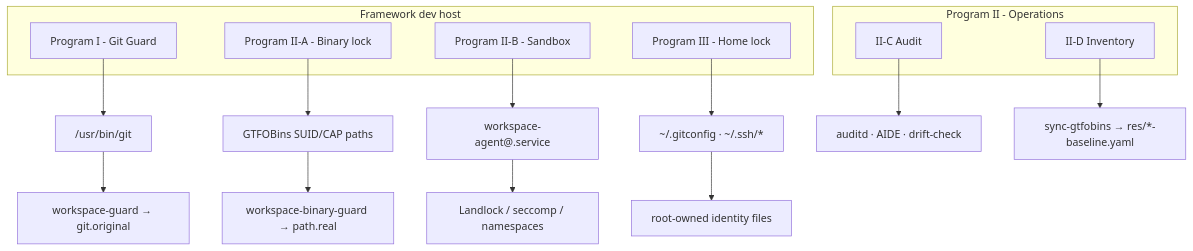
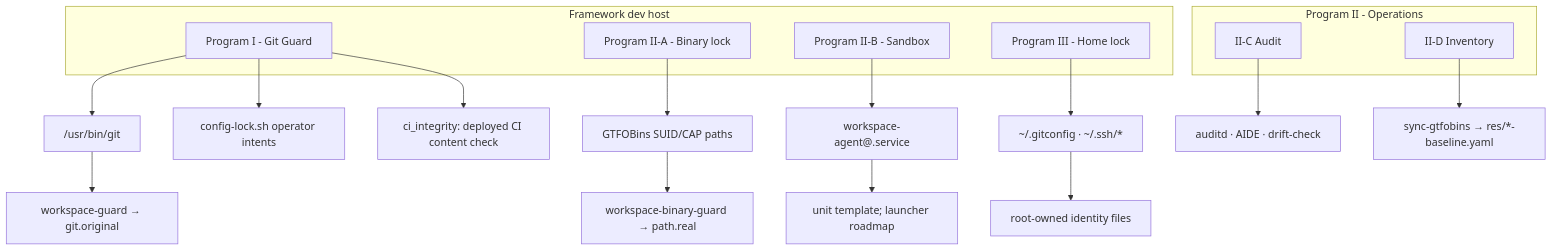
The diagram in README.md (Independent-AI-Labs/WORKSPACE-GUARD), drawn with Mermaid before and after one commit. The commit also changed other lines of this file, not shown here.

````diff
--- a/README.md
+++ b/README.md
@@ -64,29 +59,31 @@
 ```mermaid
 flowchart TB
   subgraph host [Framework dev host]
     P1[Program I - Git Guard]
     P2A[Program II-A - Binary lock]
     P2B[Program II-B - Sandbox]
     P3[Program III - Home lock]
   end
 
   P1 --> S1["/usr/bin/git"]
   S1 --> E1["workspace-guard → git.original"]
+  P1 --> C1["config-lock.sh operator intents"]
+  P1 --> C2["ci_integrity: deployed CI content check"]
 
   P2A --> S2["GTFOBins SUID/CAP paths"]
   S2 --> E2["workspace-binary-guard → path.real"]
 
   P2B --> S3["workspace-agent@.service"]
-  S3 --> E3["Landlock / seccomp / namespaces"]
+  S3 --> E3["unit template; launcher roadmap"]
 
   P3 --> S4["~/.gitconfig · ~/.ssh/*"]
   S4 --> E4["root-owned identity files"]
 
   subgraph ops [Program II - Operations]
     P2C[II-C Audit]
     P2D[II-D Inventory]
   end
 
   P2C --> D1["auditd · AIDE · drift-check"]
   P2D --> D2["sync-gtfobins → res/*-baseline.yaml"]
 ```
````
